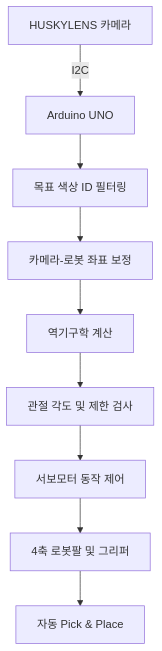
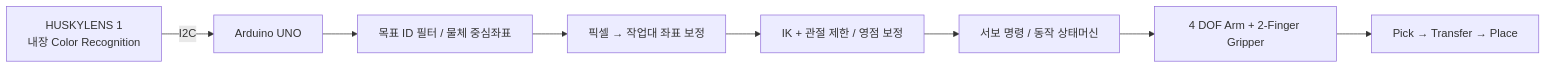
Before and after one commit to junhyeong1211/visionpick-arm: the diagram in README.md, drawn with Mermaid. The commit also changed other lines of this file, not shown here.

````diff
--- a/README.md
+++ b/README.md
@@ -56,11 +48,10 @@
 ```mermaid
-flowchart TD
-    A[HUSKYLENS 카메라] -->|I2C| B[Arduino UNO]
-    B --> C[목표 색상 ID 필터링]
-    C --> D[카메라-로봇 좌표 보정]
-    D --> E[역기구학 계산]
-    E --> F[관절 각도 및 제한 검사]
-    F --> G[서보모터 동작 제어]
-    G --> H[4축 로봇팔 및 그리퍼]
-    H --> I[자동 Pick & Place]
+flowchart LR
+    V[HUSKYLENS 1<br/>내장 Color Recognition] -->|I2C| A[Arduino UNO]
+    A --> F[목표 ID 필터 / 물체 중심좌표]
+    F --> C[픽셀 → 작업대 좌표 보정]
+    C --> I[IK + 관절 제한 / 영점 보정]
+    I --> S[서보 명령 / 동작 상태머신]
+    S --> J[4 DOF Arm + 2-Finger Gripper]
+    J --> R[Pick → Transfer → Place]
 ```
````
